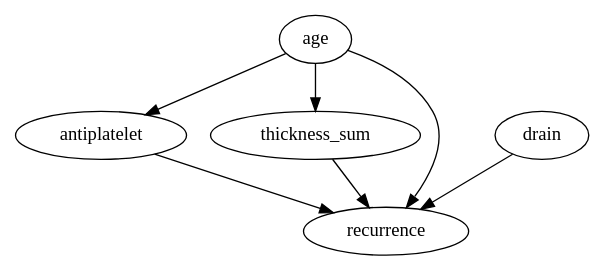
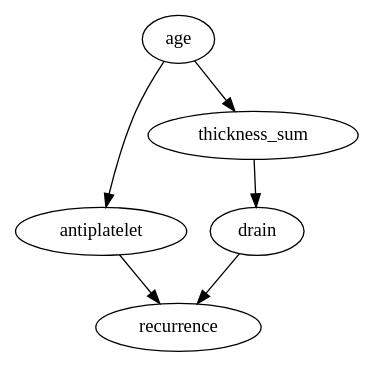
One commit to c-abbott/surviving-the-icu changed the diagram in src/causal_graphs/min_dag.dot. Above: the diagram before and after it, drawn with Graphviz.

Commit message:
Fixed simple DAG

```diff
--- a/src/causal_graphs/min_dag.dot
+++ b/src/causal_graphs/min_dag.dot
@@ -1,8 +1,7 @@
 digraph {
 age -> antiplatelet;
 age -> thickness_sum;
 antiplatelet -> recurrence;
 drain -> recurrence;
-age -> recurrence;
-thickness_sum -> recurrence
+thickness_sum -> drain;
 }
```
